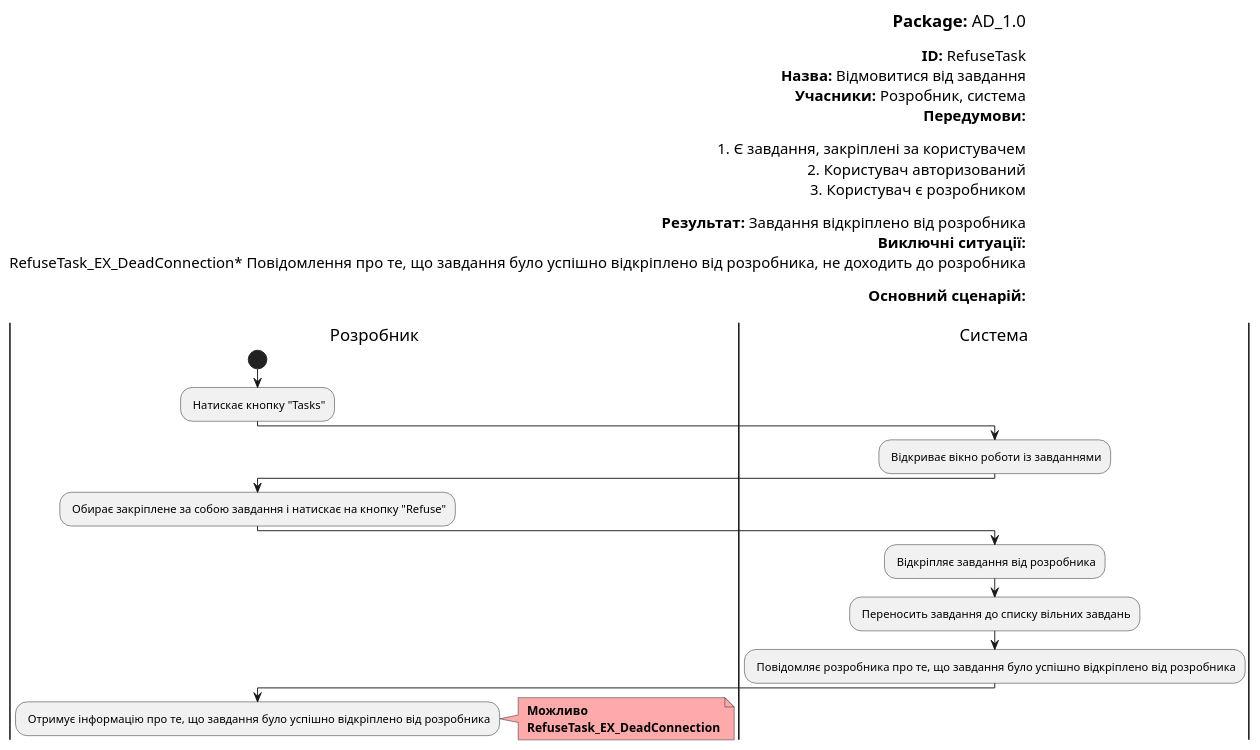
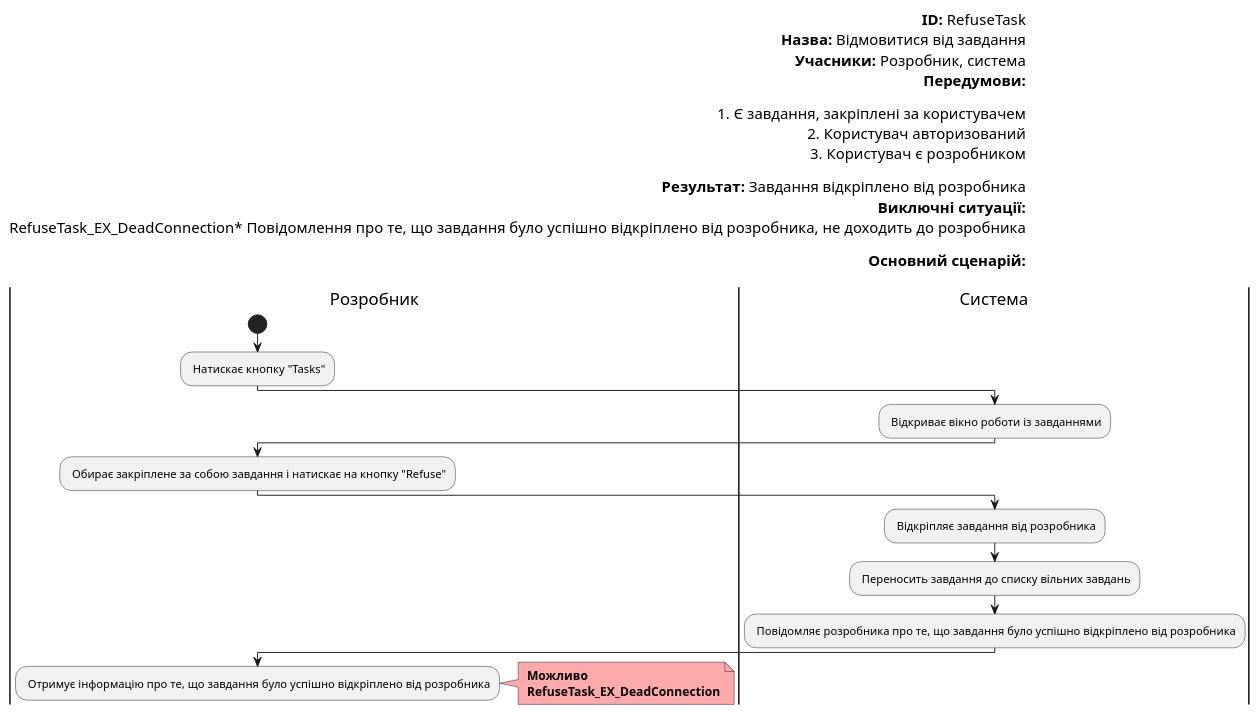
Before and after one commit to boldak/edu-db-cw: the ninth of 19 diagrams in docs/use cases/README.md, drawn with PlantUML. The commit also changed other lines of this file, not shown here.

Commit message:
Finished adding labels and deleting package

```diff
--- a/docs/use cases/README.md
+++ b/docs/use cases/README.md
@@ -461,49 +455,47 @@
 @startuml
 
     left header
-        <font color=000 size=18><b>Package:</b> AD_1.0
-
         <font color=000 size=16><b>ID:</b> RefuseTask
         <font color=000 size=16><b>Назва:</b> Відмовитися від завдання
         <font color=000 size=16><b>Учасники:</b> Розробник, система
         <font color=000 size=16><b>Передумови:</b>
 
         <font color=000 size=16> 1. Є завдання, закріплені за користувачем
         <font color=000 size=16> 2. Користувач авторизований
         <font color=000 size=16>3. Користувач є розробником
 
         <font color=000 size=16><b>Результат:</b> Завдання відкріплено від розробника
         <font color=000 size=16><b>Виключні ситуації:</b>
         <font color=000 size=16> RefuseTask_EX_DeadConnection* Повідомлення про те, що завдання було успішно відкріплено від розробника, не доходить до розробника
 
         <font color=000 size=16><b>Основний сценарій:</b>
 
     end header
 
     |Розробник|
         start
         : Натискає кнопку "Tasks";
 
     |Система|
         : Відкриває вікно роботи із завданнями;
 
     |Розробник|
         : Обирає закріплене за собою завдання і натискає на кнопку "Refuse";
 
     |Система|
         : Відкріпляє завдання від розробника;
 
     |Система|
         : Переносить завдання до списку вільних завдань;
 
     |Система|
         : Повідомляє розробника про те, що завдання було успішно відкріплено від розробника;
 
     |Розробник|
         : Отримує інформацію про те, що завдання було успішно відкріплено від розробника;
         note right #ffaaaa
         <b> Можливо
         <b> RefuseTask_EX_DeadConnection
         end note
 
 @enduml
```
